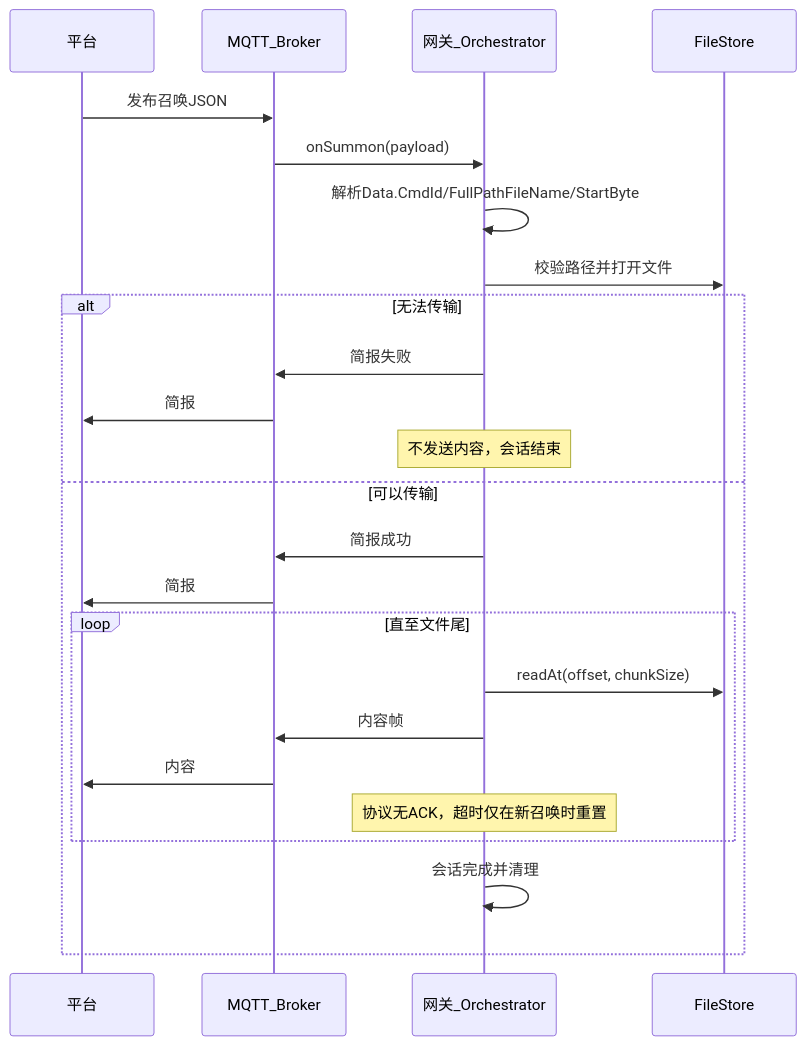
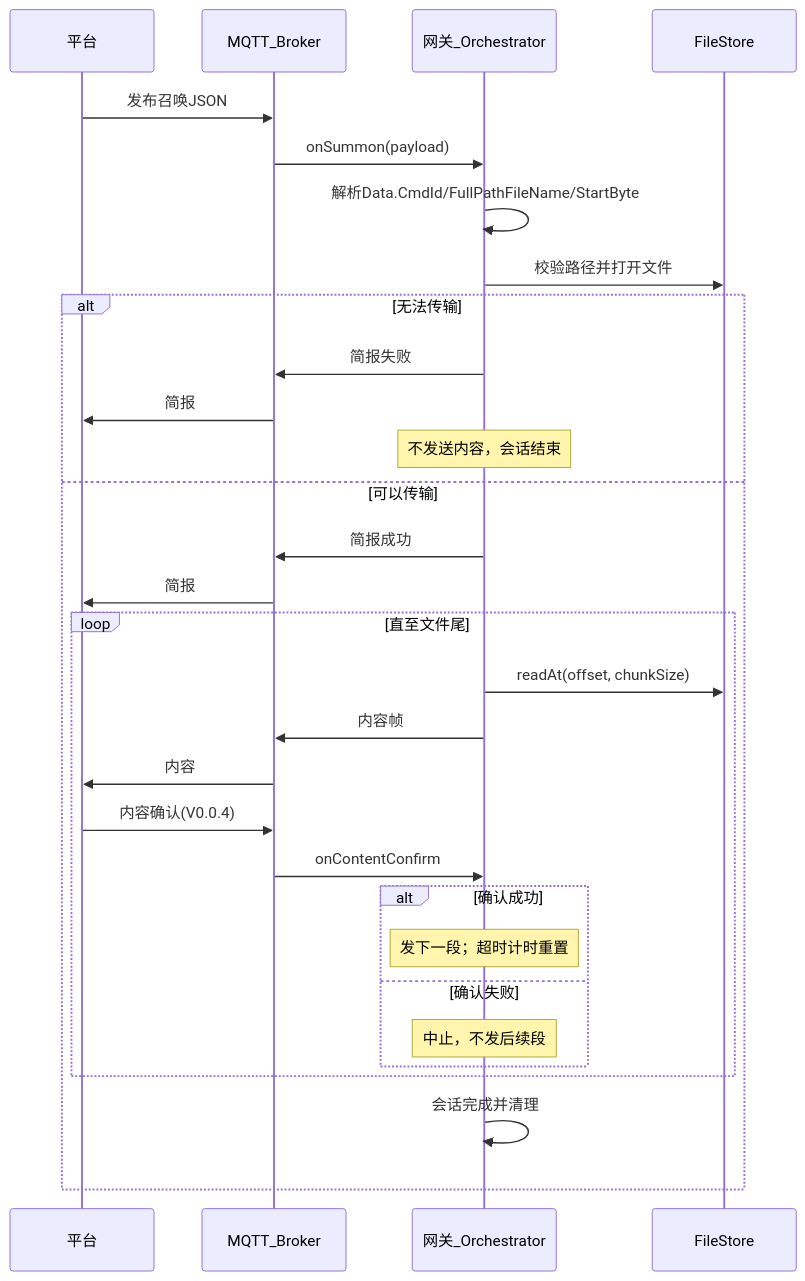
One commit to Huangzd11/transferFile changed the first of 4 diagrams in document/03-业务流程与状态机.md. Above: the diagram before and after it, drawn with Mermaid. The commit also changed other lines of this file and 20 other files, not shown here.

````diff
--- a/document/03-业务流程与状态机.md
+++ b/document/03-业务流程与状态机.md
@@ -9,27 +9,33 @@
 ```mermaid
 sequenceDiagram
   participant Platform as 平台
   participant MQTT as MQTT_Broker
   participant GW as 网关_Orchestrator
   participant FS as FileStore
 
   Platform->>MQTT: 发布召唤JSON
   MQTT->>GW: onSummon(payload)
   GW->>GW: 解析Data.CmdId/FullPathFileName/StartByte
   GW->>FS: 校验路径并打开文件
   alt 无法传输
     GW->>MQTT: 简报失败
     MQTT->>Platform: 简报
     Note over GW: 不发送内容，会话结束
   else 可以传输
     GW->>MQTT: 简报成功
     MQTT->>Platform: 简报
     loop 直至文件尾
       GW->>FS: readAt(offset, chunkSize)
       GW->>MQTT: 内容帧
       MQTT->>Platform: 内容
-      Note over GW: 协议无ACK，超时仅在新召唤时重置
+      Platform->>MQTT: 内容确认(V0.0.4)
+      MQTT->>GW: onContentConfirm
+      alt 确认成功
+        Note over GW: 发下一段；超时计时重置
+      else 确认失败
+        Note over GW: 中止，不发后续段
+      end
     end
     GW->>GW: 会话完成并清理
   end
 ```
````
